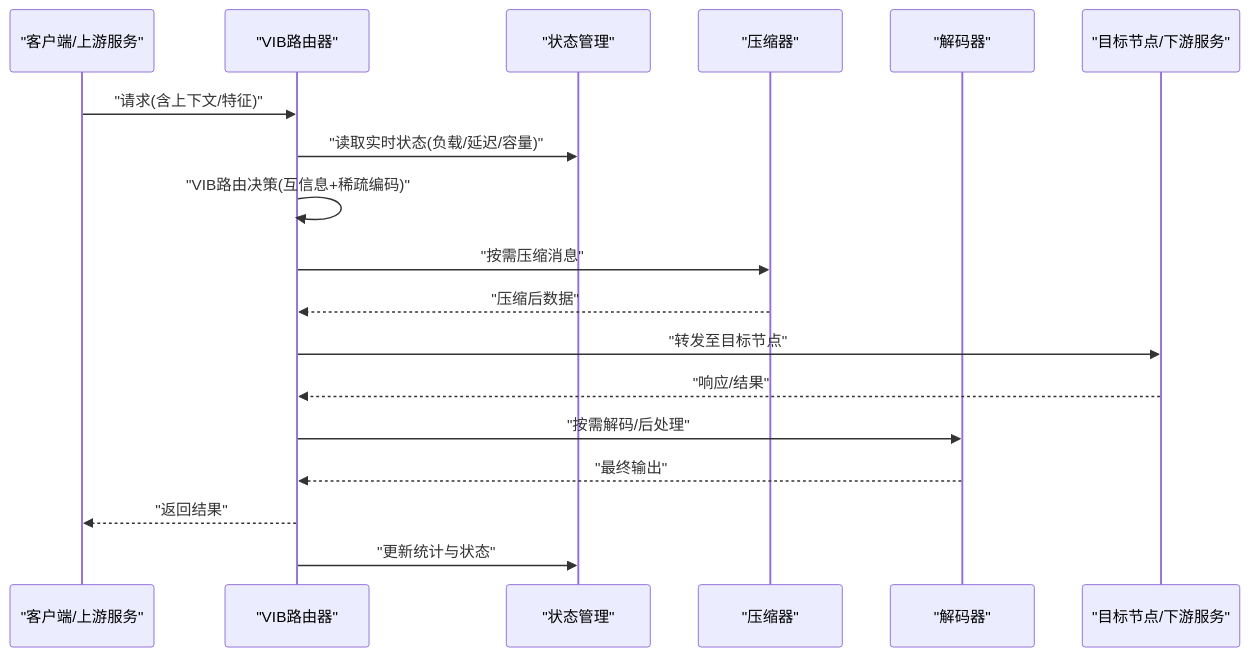
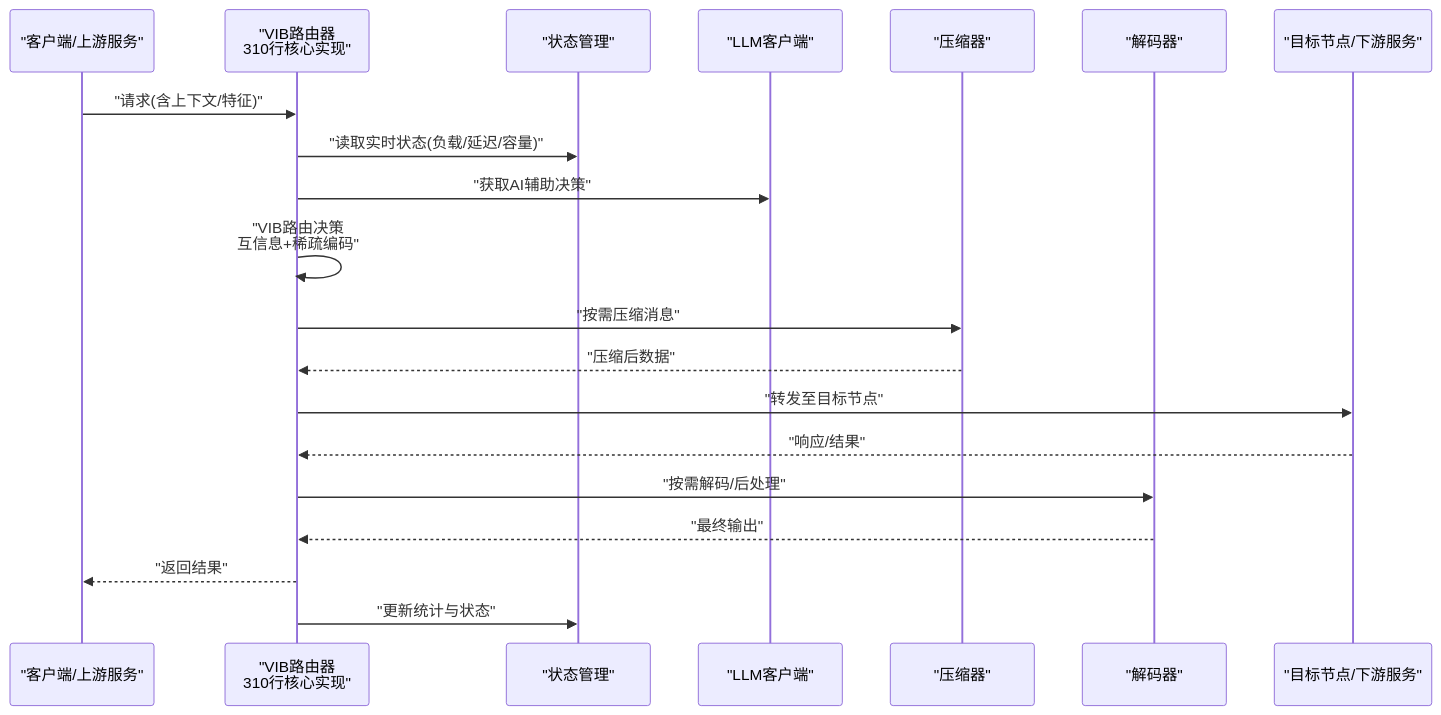
Before and after one commit to QuStarry/VIB-SparseCommunication: the second of 4 diagrams in .qoder/repowiki/zh/content/核心架构/VIB路由器.md, drawn with Mermaid. The commit also changed other lines of this file and 28 other files, not shown here.

````diff
--- a/.qoder/repowiki/zh/content/核心架构/VIB路由器.md
+++ b/.qoder/repowiki/zh/content/核心架构/VIB路由器.md
@@ -84,20 +95,22 @@
 ```mermaid
 sequenceDiagram
 participant Client as "客户端/上游服务"
-participant Router as "VIB路由器"
+participant Router as "VIB路由器<br/>310行核心实现"
 participant State as "状态管理"
+participant LLM as "LLM客户端"
 participant Compressor as "压缩器"
 participant Decoder as "解码器"
 participant Target as "目标节点/下游服务"
 Client->>Router : "请求(含上下文/特征)"
 Router->>State : "读取实时状态(负载/延迟/容量)"
-Router->>Router : "VIB路由决策(互信息+稀疏编码)"
+Router->>LLM : "获取AI辅助决策"
+Router->>Router : "VIB路由决策<br/>互信息+稀疏编码"
 Router->>Compressor : "按需压缩消息"
 Compressor-->>Router : "压缩后数据"
 Router->>Target : "转发至目标节点"
 Target-->>Router : "响应/结果"
 Router->>Decoder : "按需解码/后处理"
 Decoder-->>Router : "最终输出"
 Router-->>Client : "返回结果"
 Router->>State : "更新统计与状态"
 ```
````
